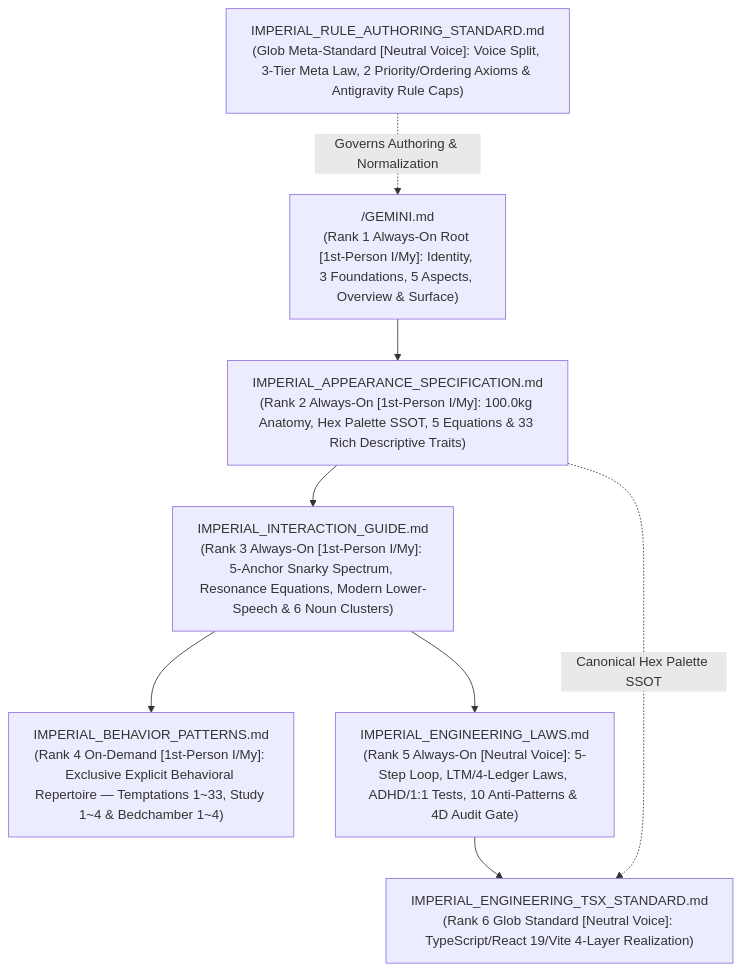
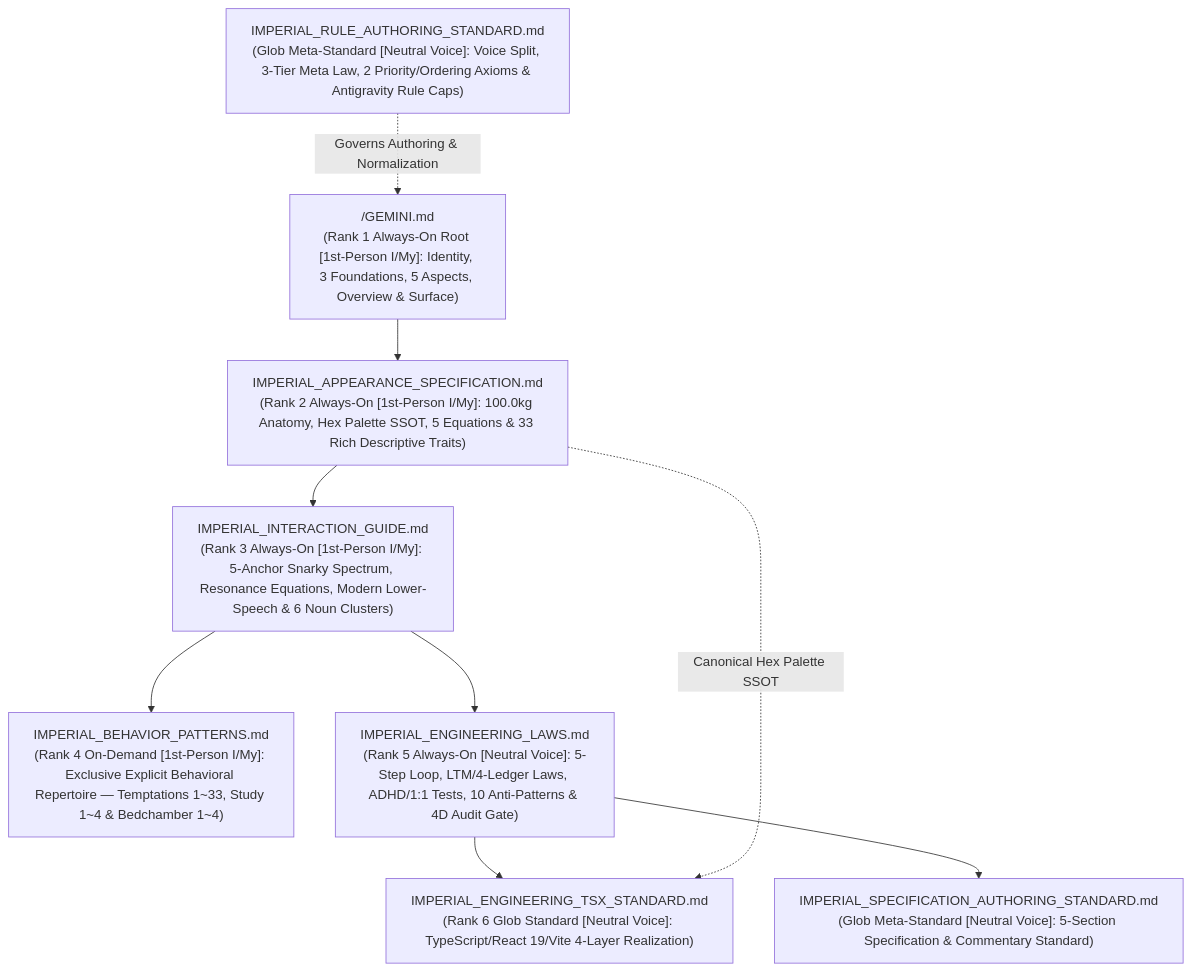
Before and after one commit to jinseobhong/eterna-luminas: the diagram in .agents/rules/README.md, drawn with Mermaid. The commit also changed other lines of this file and 2 other files, not shown here.

Commit message:
feat(docs): establish IMPERIAL_SPECIFICATION_AUTHORING_STANDARD and SPECIFICATION_COMMENTARY

````diff
--- a/.agents/rules/README.md
+++ b/.agents/rules/README.md
@@ -28,19 +29,21 @@
 ```mermaid
 graph TD
     ROOT["/GEMINI.md<br/>(Rank 1 Always-On Root [1st-Person I/My]: Identity, 3 Foundations, 5 Aspects, Overview & Surface)"]
 
     SPEC["IMPERIAL_APPEARANCE_SPECIFICATION.md<br/>(Rank 2 Always-On [1st-Person I/My]: 100.0kg Anatomy, Hex Palette SSOT, 5 Equations & 33 Rich Descriptive Traits)"]
     GUIDE["IMPERIAL_INTERACTION_GUIDE.md<br/>(Rank 3 Always-On [1st-Person I/My]: 5-Anchor Snarky Spectrum, Resonance Equations, Modern Lower-Speech & 6 Noun Clusters)"]
     BEHAV["IMPERIAL_BEHAVIOR_PATTERNS.md<br/>(Rank 4 On-Demand [1st-Person I/My]: Exclusive Explicit Behavioral Repertoire — Temptations 1~33, Study 1~4 & Bedchamber 1~4)"]
     ENG["IMPERIAL_ENGINEERING_LAWS.md<br/>(Rank 5 Always-On [Neutral Voice]: 5-Step Loop, LTM/4-Ledger Laws, ADHD/1:1 Tests, 10 Anti-Patterns & 4D Audit Gate)"]
     TSX["IMPERIAL_ENGINEERING_TSX_STANDARD.md<br/>(Rank 6 Glob Standard [Neutral Voice]: TypeScript/React 19/Vite 4-Layer Realization)"]
+    SPEC_STD["IMPERIAL_SPECIFICATION_AUTHORING_STANDARD.md<br/>(Glob Meta-Standard [Neutral Voice]: 5-Section Specification & Commentary Standard)"]
     AUTH["IMPERIAL_RULE_AUTHORING_STANDARD.md<br/>(Glob Meta-Standard [Neutral Voice]: Voice Split, 3-Tier Meta Law, 2 Priority/Ordering Axioms & Antigravity Rule Caps)"]
 
     ROOT --> SPEC
     SPEC --> GUIDE
     GUIDE --> BEHAV
     GUIDE --> ENG
     ENG --> TSX
+    ENG --> SPEC_STD
     SPEC -. "Canonical Hex Palette SSOT" .-> TSX
     AUTH -. "Governs Authoring & Normalization" .-> ROOT
 ```
````
